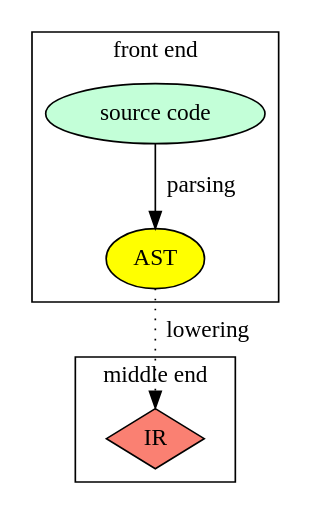
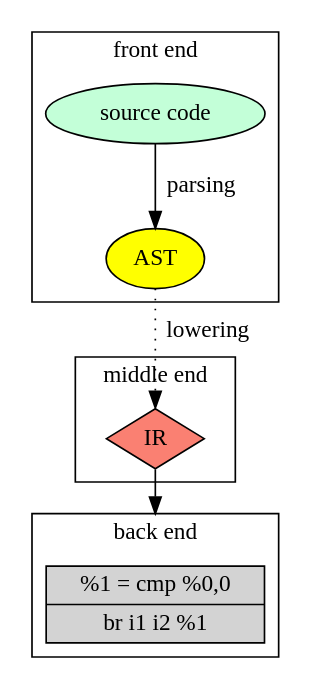
The second of 2 diagrams in README.md (nicuveo/graphwiz), drawn with Graphviz before and after one commit. The commit also changed other lines of this file and 3 other files, not shown here.

````diff
--- a/README.md
+++ b/README.md
@@ -148,15 +156,21 @@
 ```DOT
 digraph {
+  compound="true";
   subgraph cluster0 {
     label="front end";
     node1 [label="source code",style="filled",fillcolor="#c3ffd8"]
     node2 [label="AST",style="filled",fillcolor="yellow"]
     node1 -> node2 [label="parsing"]
   }
   subgraph cluster4 {
     label="middle end";
     node5 [label="IR",style="filled",fillcolor="salmon",shape="diamond"]
     node2 -> node5 [label="lowering",style="dotted"]
   }
+  subgraph cluster8 {
+    label="back end";
+    node9 [label="{%1 = cmp %0,0 | br i1 i2 %1}",style="filled",shape="record"]
+  }
+  node5 -> node9 [lhead="cluster8"]
 }
 ```
````
